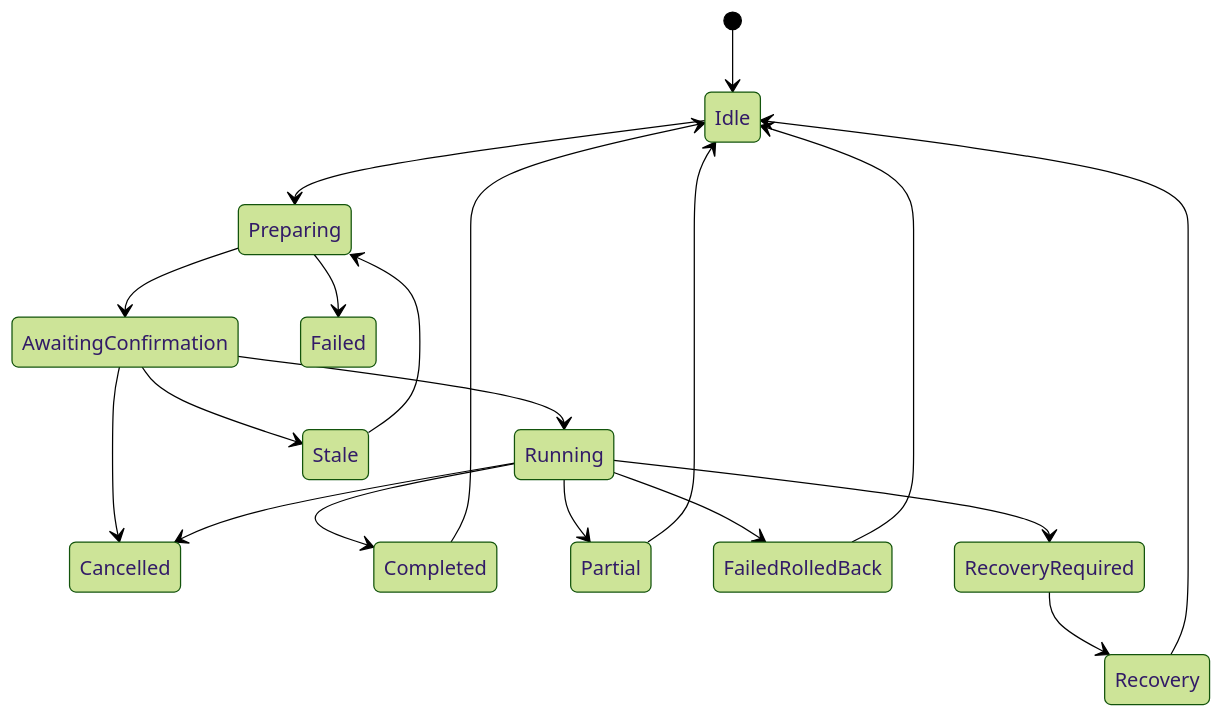
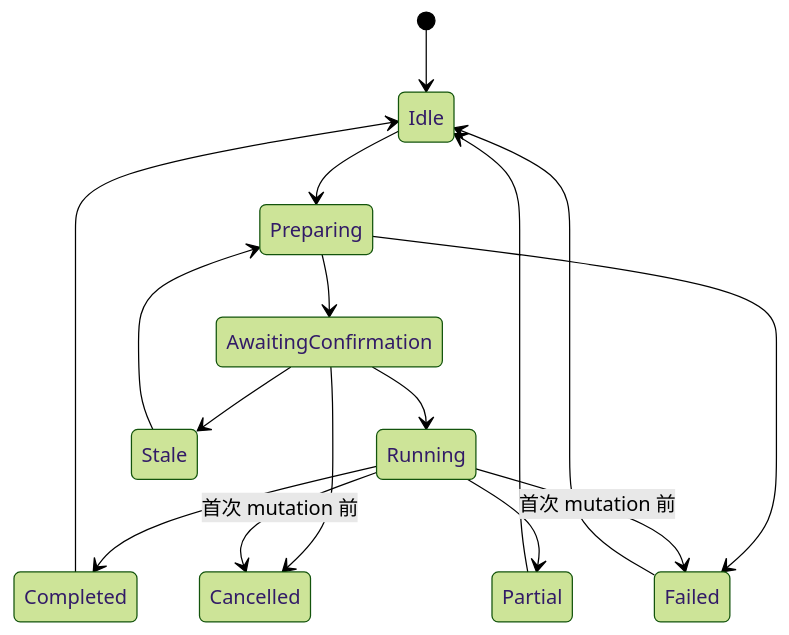
One commit to Dailin521/codex-provider-sync changed the sixth of 7 diagrams in docs/VNEXT_ELECTRON_NODE_ARCHITECTURE_ZH.md. Above: the diagram before and after it, drawn with Mermaid (forest theme). The commit also changed other lines of this file and 287 other files, not shown here.

````diff
--- a/docs/VNEXT_ELECTRON_NODE_ARCHITECTURE_ZH.md
+++ b/docs/VNEXT_ELECTRON_NODE_ARCHITECTURE_ZH.md
@@ -845,24 +830,21 @@
 ```mermaid
 stateDiagram-v2
     [*] --> Idle
     Idle --> Preparing
     Preparing --> AwaitingConfirmation
     Preparing --> Failed
 
     AwaitingConfirmation --> Running
     AwaitingConfirmation --> Cancelled
     AwaitingConfirmation --> Stale
 
     Running --> Completed
     Running --> Partial
-    Running --> FailedRolledBack
-    Running --> RecoveryRequired
-    Running --> Cancelled
+    Running --> Failed: 首次 mutation 前
+    Running --> Cancelled: 首次 mutation 前
 
     Stale --> Preparing
     Completed --> Idle
     Partial --> Idle
-    FailedRolledBack --> Idle
-    RecoveryRequired --> Recovery
-    Recovery --> Idle
+    Failed --> Idle
 ```
````
